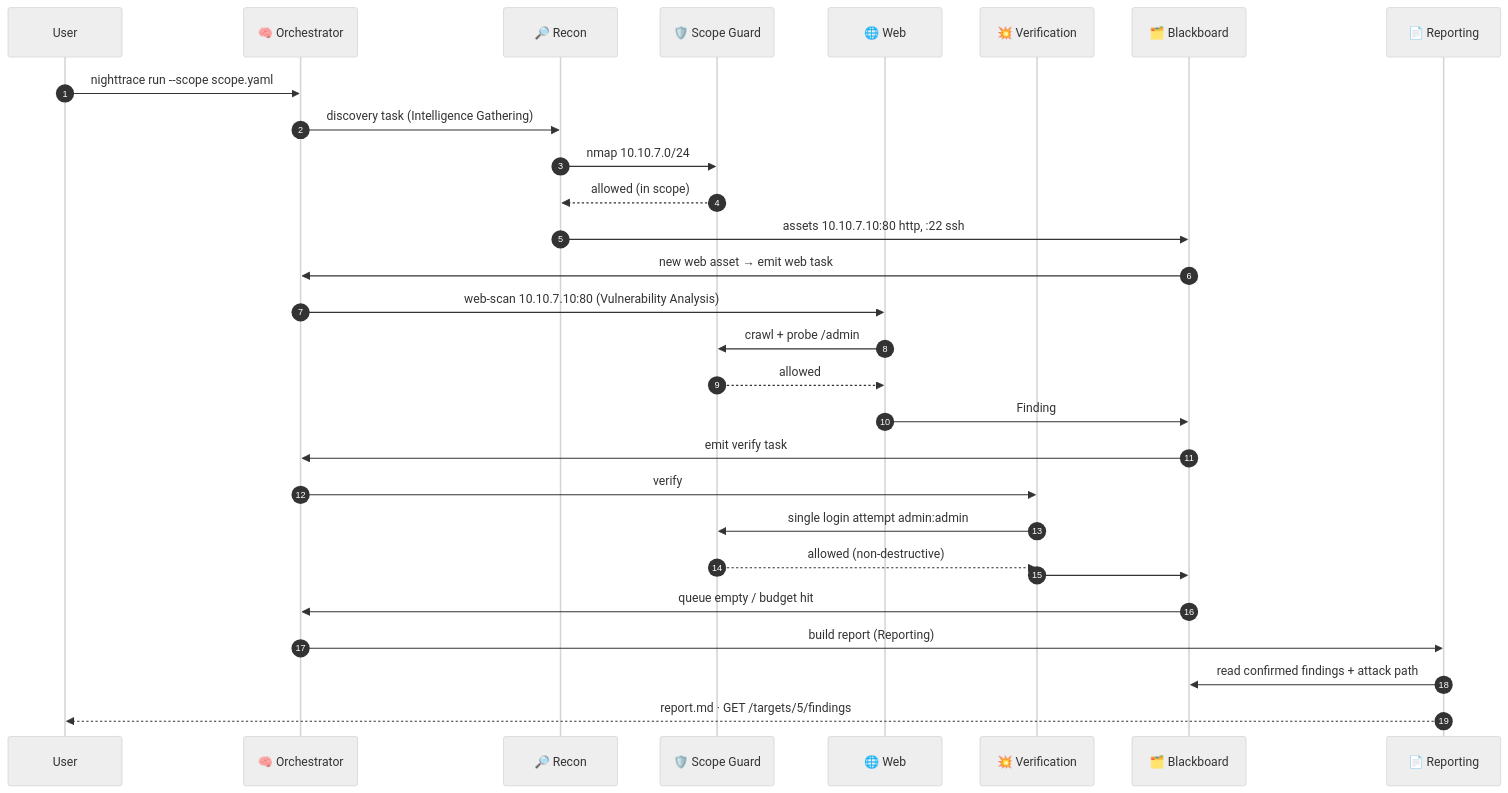
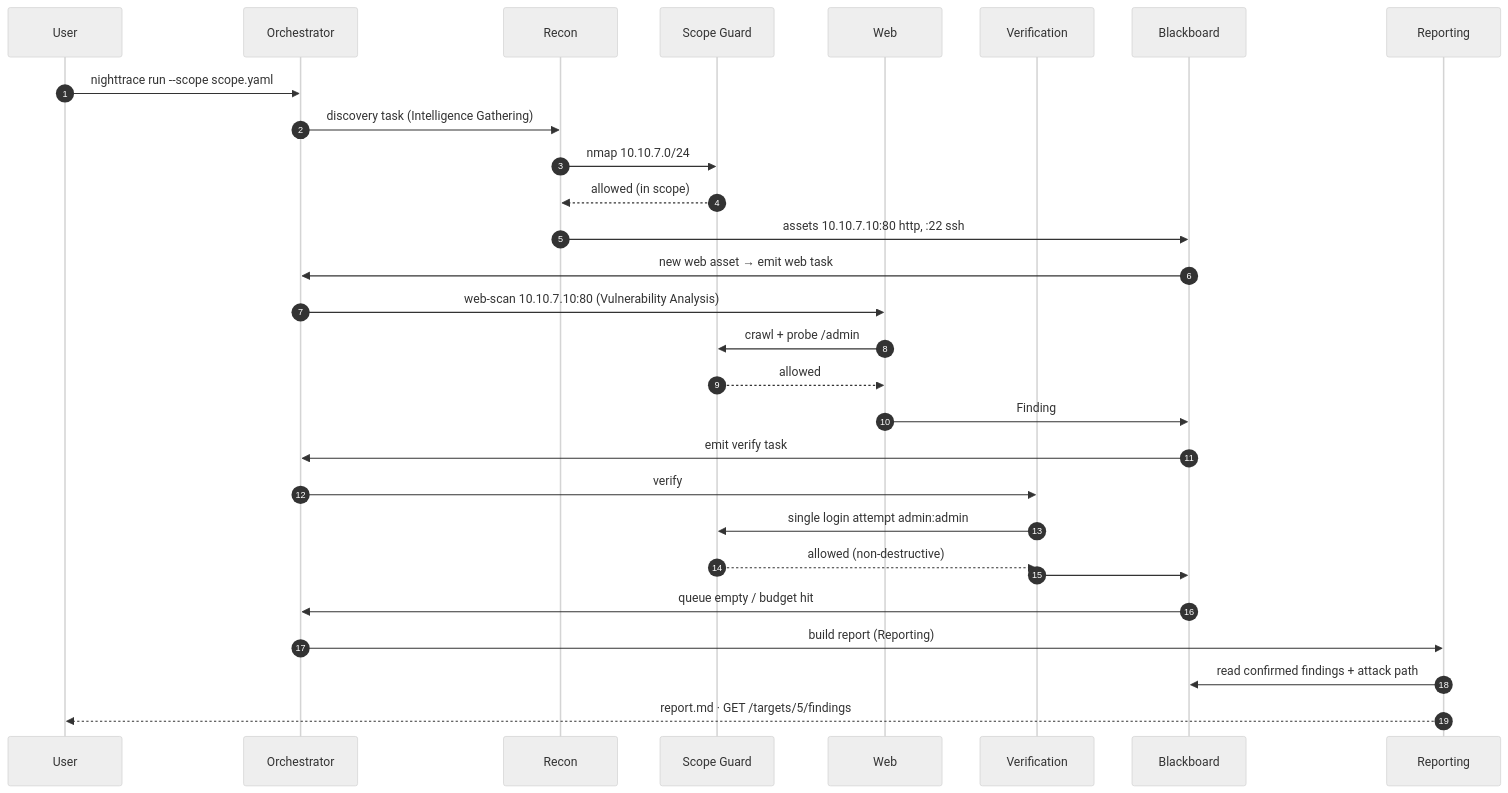
Before and after one commit to hrdk6/Mitigata-Hackathon: the fourth of 10 diagrams in README.md, drawn with Mermaid (neutral theme). The commit also changed other lines of this file and 2 other files, not shown here.

````diff
--- a/README.md
+++ b/README.md
@@ -293,32 +279,32 @@
 ```mermaid
 sequenceDiagram
     autonumber
     participant U as User
-    participant O as 🧠 Orchestrator
-    participant R as 🔎 Recon
-    participant G as 🛡️ Scope Guard
-    participant W as 🌐 Web
-    participant V as 💥 Verification
-    participant B as 🗂️ Blackboard
-    participant Rep as 📄 Reporting
+    participant O as Orchestrator
+    participant R as Recon
+    participant G as Scope Guard
+    participant W as Web
+    participant V as Verification
+    participant B as Blackboard
+    participant Rep as Reporting
 
     U->>O: nighttrace run --scope scope.yaml
     O->>R: discovery task (Intelligence Gathering)
     R->>G: nmap 10.10.7.0/24
     G-->>R: allowed (in scope)
     R->>B: assets 10.10.7.10:80 http, :22 ssh
     B->>O: new web asset → emit web task
     O->>W: web-scan 10.10.7.10:80 (Vulnerability Analysis)
     W->>G: crawl + probe /admin
     G-->>W: allowed
     W->>B: Finding #42 default creds (Suspected)
     B->>O: emit verify task
     O->>V: verify #42 (Exploitation)
     V->>G: single login attempt admin:admin
     G-->>V: allowed (non-destructive)
     V->>B: #42 Confirmed + evidence + FLAG{...}
     B->>O: queue empty / budget hit
     O->>Rep: build report (Reporting)
     Rep->>B: read confirmed findings + attack path
     Rep-->>U: report.md · GET /targets/5/findings
 ```
````
